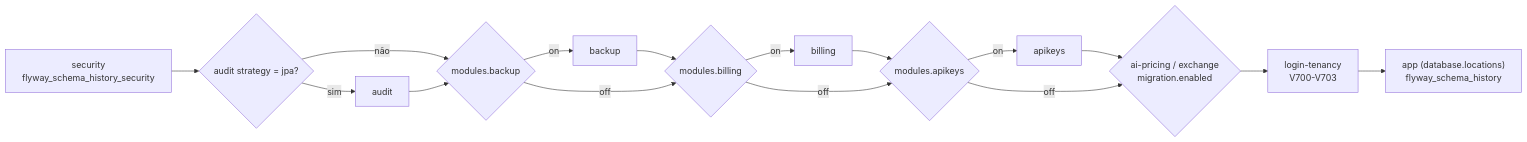
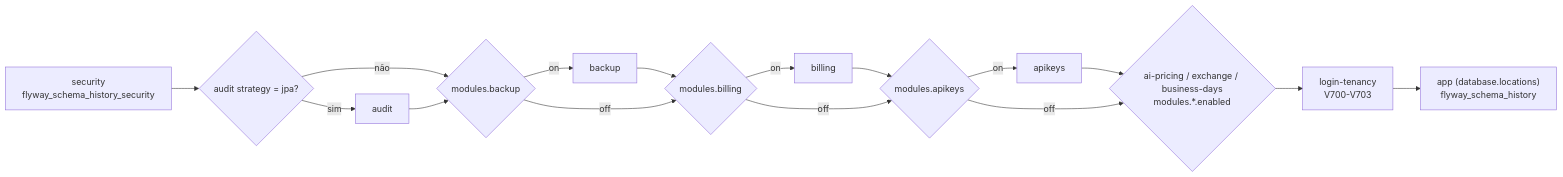
The diagram in seedgridKB/SeedGrid/Extensions/login-tenancy/Visao-geral.md (SeedGrid/seedgrid-ai), drawn with Mermaid before and after one commit. The commit also changed 47 other files, not shown here.

````diff
--- a/seedgridKB/SeedGrid/Extensions/login-tenancy/Visao-geral.md
+++ b/seedgridKB/SeedGrid/Extensions/login-tenancy/Visao-geral.md
@@ -58,14 +58,14 @@
 ```mermaid
 flowchart LR
     S[security<br/>flyway_schema_history_security] --> A{audit strategy = jpa?}
     A -- sim --> AU[audit]
     A -- não --> B
     AU --> B{modules.backup}
     B -- on --> BK[backup] --> BI
     B -- off --> BI{modules.billing}
     BI -- on --> BL[billing] --> AK
     BI -- off --> AK{modules.apikeys}
     AK -- on --> AP[apikeys] --> X
-    AK -- off --> X{ai-pricing / exchange<br/>migration.enabled}
+    AK -- off --> X{ai-pricing / exchange / business-days<br/>modules.*.enabled}
     X --> LT[login-tenancy<br/>V700-V703] --> APP["app (database.locations)<br/>flyway_schema_history"]
 ```
````
